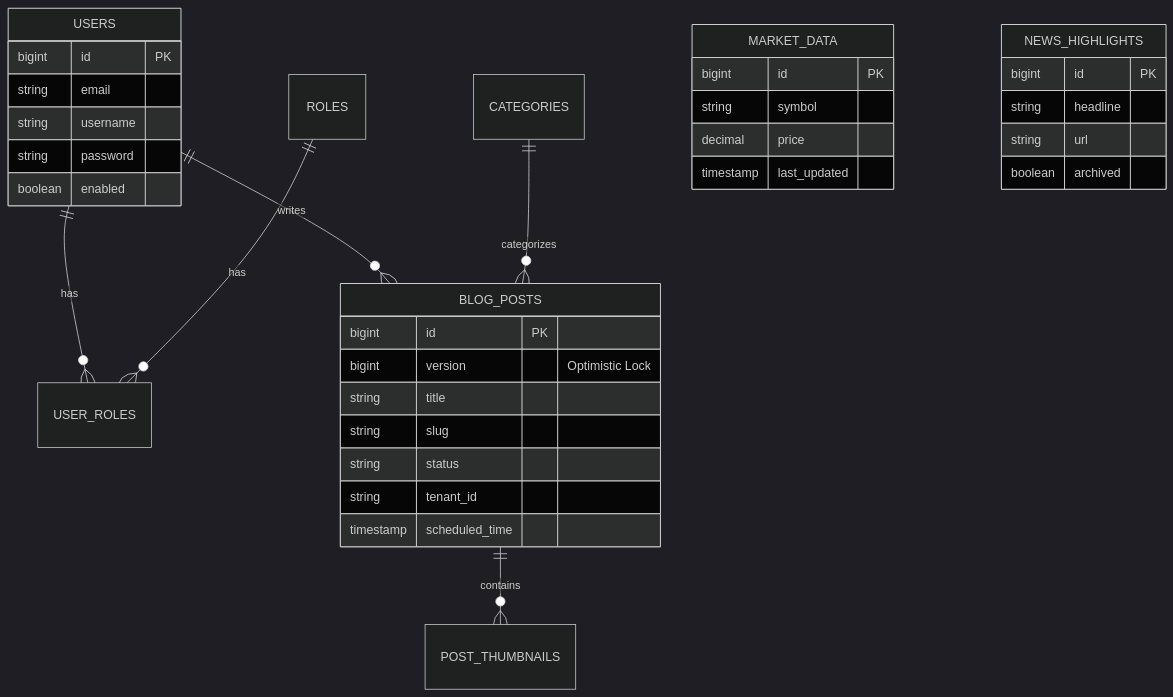
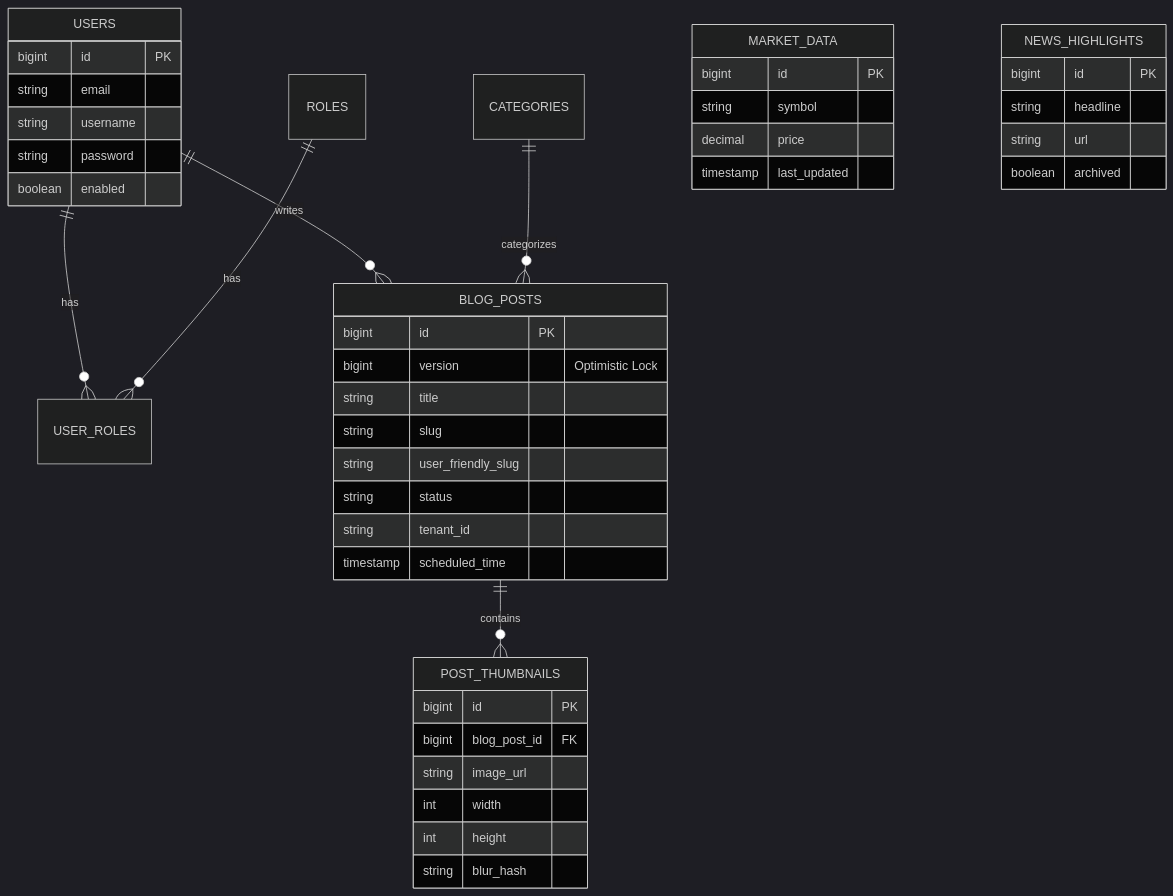
One commit to callitask/finance-api changed the diagram in docs/05-DATABASE-SCHEMA.md. Above: the diagram before and after it, drawn with Mermaid (dark theme). The commit also changed other lines of this file and 7 other files, not shown here.

````diff
--- a/docs/05-DATABASE-SCHEMA.md
+++ b/docs/05-DATABASE-SCHEMA.md
@@ -15,40 +15,50 @@
 ```mermaid
 erDiagram
     USERS ||--o{ USER_ROLES : has
     ROLES ||--o{ USER_ROLES : has
     USERS ||--o{ BLOG_POSTS : writes
     CATEGORIES ||--o{ BLOG_POSTS : categorizes
     BLOG_POSTS ||--o{ POST_THUMBNAILS : contains
     
     BLOG_POSTS {
         bigint id PK
         bigint version "Optimistic Lock"
         string title
         string slug
+        string user_friendly_slug
         string status
         string tenant_id
         timestamp scheduled_time
+    }
+
+    POST_THUMBNAILS {
+        bigint id PK
+        bigint blog_post_id FK
+        string image_url
+        int width
+        int height
+        string blur_hash
     }
 
     USERS {
         bigint id PK
         string email
         string username
         string password
         boolean enabled
     }
 
     MARKET_DATA {
         bigint id PK
         string symbol
         decimal price
         timestamp last_updated
     }
 
     NEWS_HIGHLIGHTS {
         bigint id PK
         string headline
         string url
         boolean archived
     }
 ```
````
